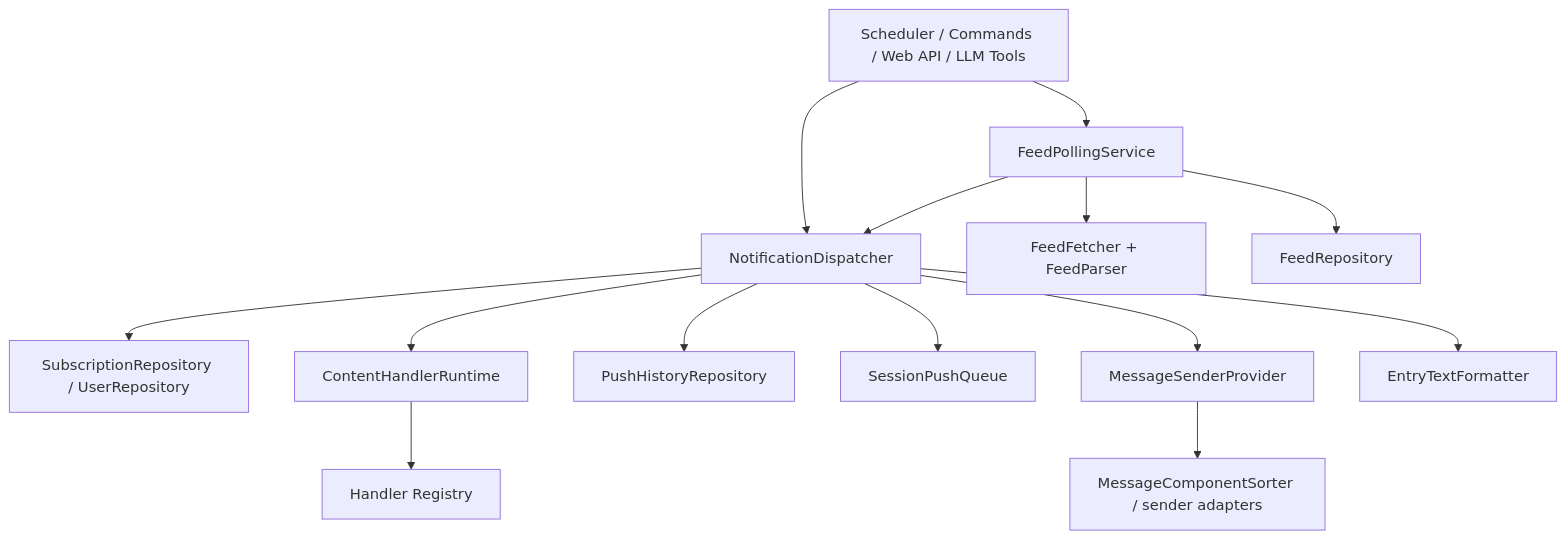
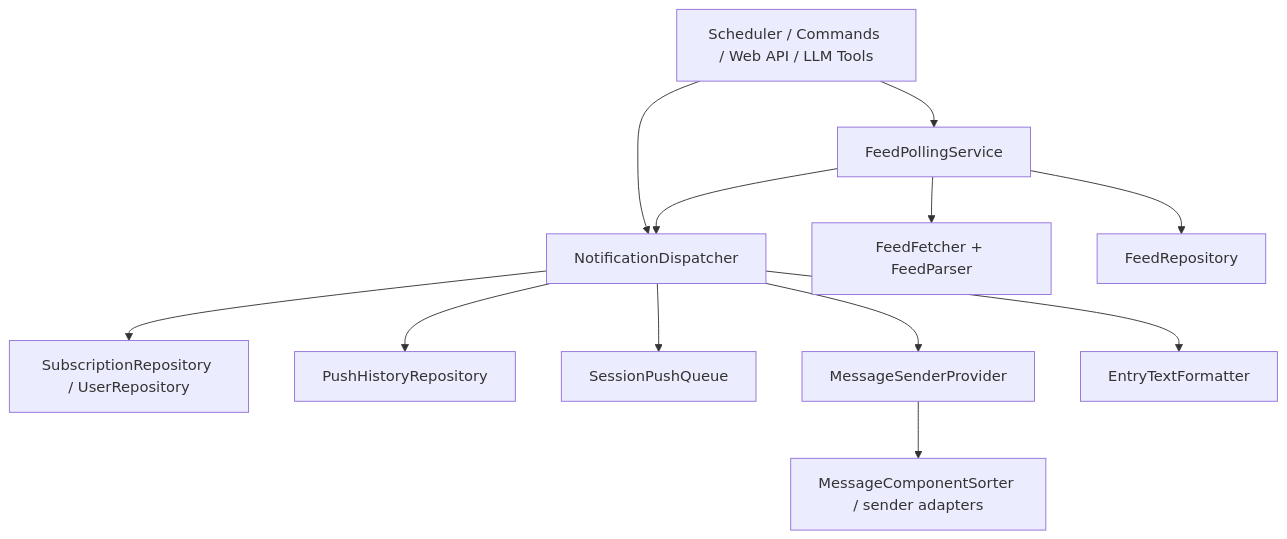
One commit to solavoy/astrbot_plugin_rsshub changed the diagram in docs/project/architecture.md. Above: the diagram before and after it, drawn with Mermaid. The commit also changed other lines of this file and 81 other files, not shown here.

First line of the commit message:
feat: remove content handler subsystem

````diff
--- a/docs/project/architecture.md
+++ b/docs/project/architecture.md
@@ -149,19 +134,17 @@
 ```mermaid
 flowchart TD
   A["Scheduler / Commands / Web API / LLM Tools"] --> B["FeedPollingService"]
   A --> C["NotificationDispatcher"]
 
   B --> E["FeedFetcher + FeedParser"]
   B --> F["FeedRepository"]
   B --> C
 
   C --> G["SubscriptionRepository / UserRepository"]
-  C --> H["ContentHandlerRuntime"]
   C --> I["PushHistoryRepository"]
   C --> J["SessionPushQueue"]
   C --> K["MessageSenderProvider"]
 
-  H --> L["Handler Registry"]
   C --> M["EntryTextFormatter"]
   K --> N["MessageComponentSorter / sender adapters"]
 ```
````
